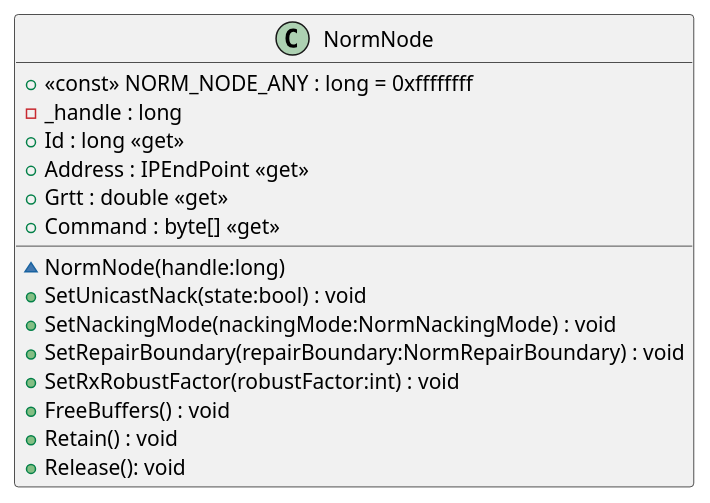
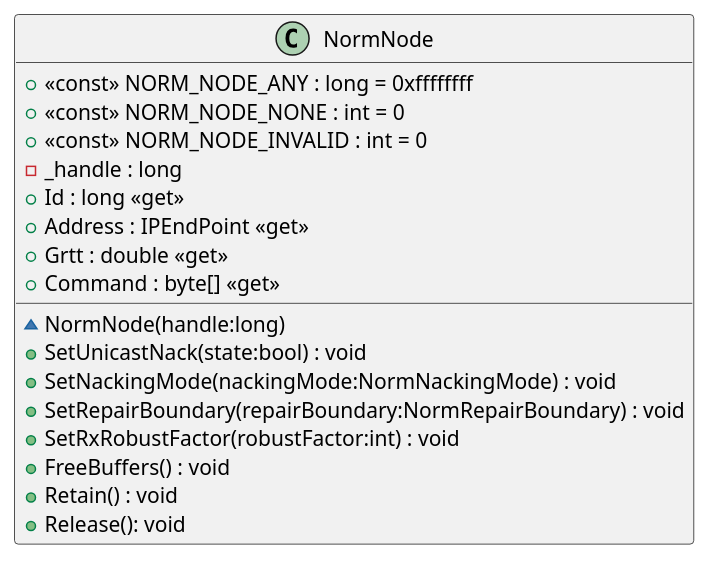
One commit to mullerj/norm changed the diagram in src/dotnet/design/Mil/Navy/Nrl/Norm/NormNode.puml. Above: the diagram before and after it, drawn with PlantUML. The commit also changed 4 other files, not shown here.

```diff
--- a/src/dotnet/design/Mil/Navy/Nrl/Norm/NormNode.puml
+++ b/src/dotnet/design/Mil/Navy/Nrl/Norm/NormNode.puml
@@ -1,18 +1,20 @@
 @startuml
 class NormNode {
     + <<const>> NORM_NODE_ANY : long = 0xffffffff
+    + <<const>> NORM_NODE_NONE : int = 0
+    + <<const>> NORM_NODE_INVALID : int = 0
     - _handle : long
     ~ NormNode(handle:long)
     + SetUnicastNack(state:bool) : void
     + SetNackingMode(nackingMode:NormNackingMode) : void
     + SetRepairBoundary(repairBoundary:NormRepairBoundary) : void
     + SetRxRobustFactor(robustFactor:int) : void
     + Id : long <<get>>
     + Address : IPEndPoint <<get>>
     + Grtt : double <<get>>
     + Command : byte[] <<get>>
     + FreeBuffers() : void
     + Retain() : void
     + Release(): void
 }
 @enduml
```
